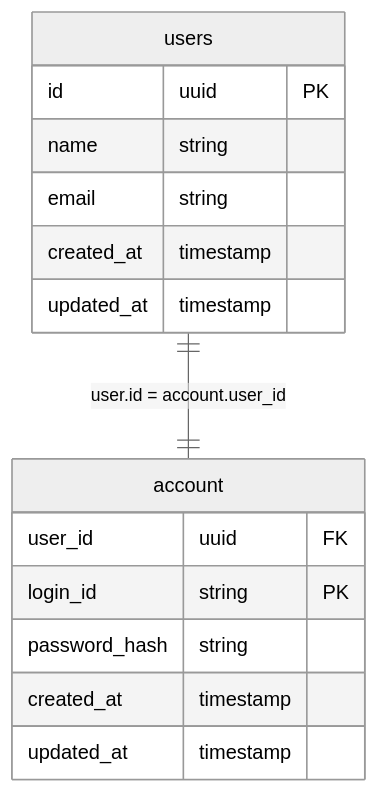
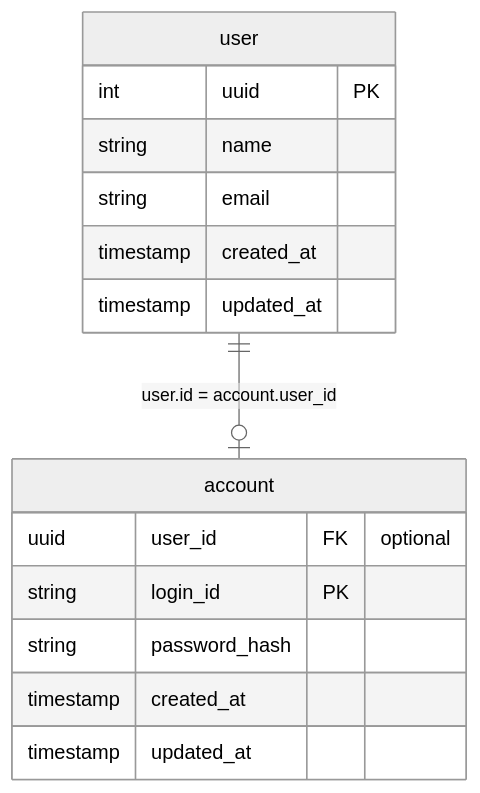
Before and after one commit to u7chan/python-fast-api-example: the diagram in docs/erDiagram.md, drawn with Mermaid (neutral theme).

````diff
--- a/docs/erDiagram.md
+++ b/docs/erDiagram.md
@@ -3,19 +3,20 @@
 ```mermaid
 erDiagram
-    users ||--|| account : "user.id = account.user_id"
-    users {
-        id uuid PK
-        name string
-        email string
-        created_at timestamp
-        updated_at timestamp
+    user ||--o| account : "user.id = account.user_id"
+
+    user {
+        int uuid PK ""
+        string name
+        string email
+        timestamp created_at
+        timestamp updated_at
     }
 
     account {
-        user_id uuid FK
-        login_id string PK
-        password_hash string
-        created_at timestamp
-        updated_at timestamp
+        uuid user_id FK "optional"
+        string login_id PK
+        string password_hash
+        timestamp created_at
+        timestamp updated_at
     }
 ```
````
